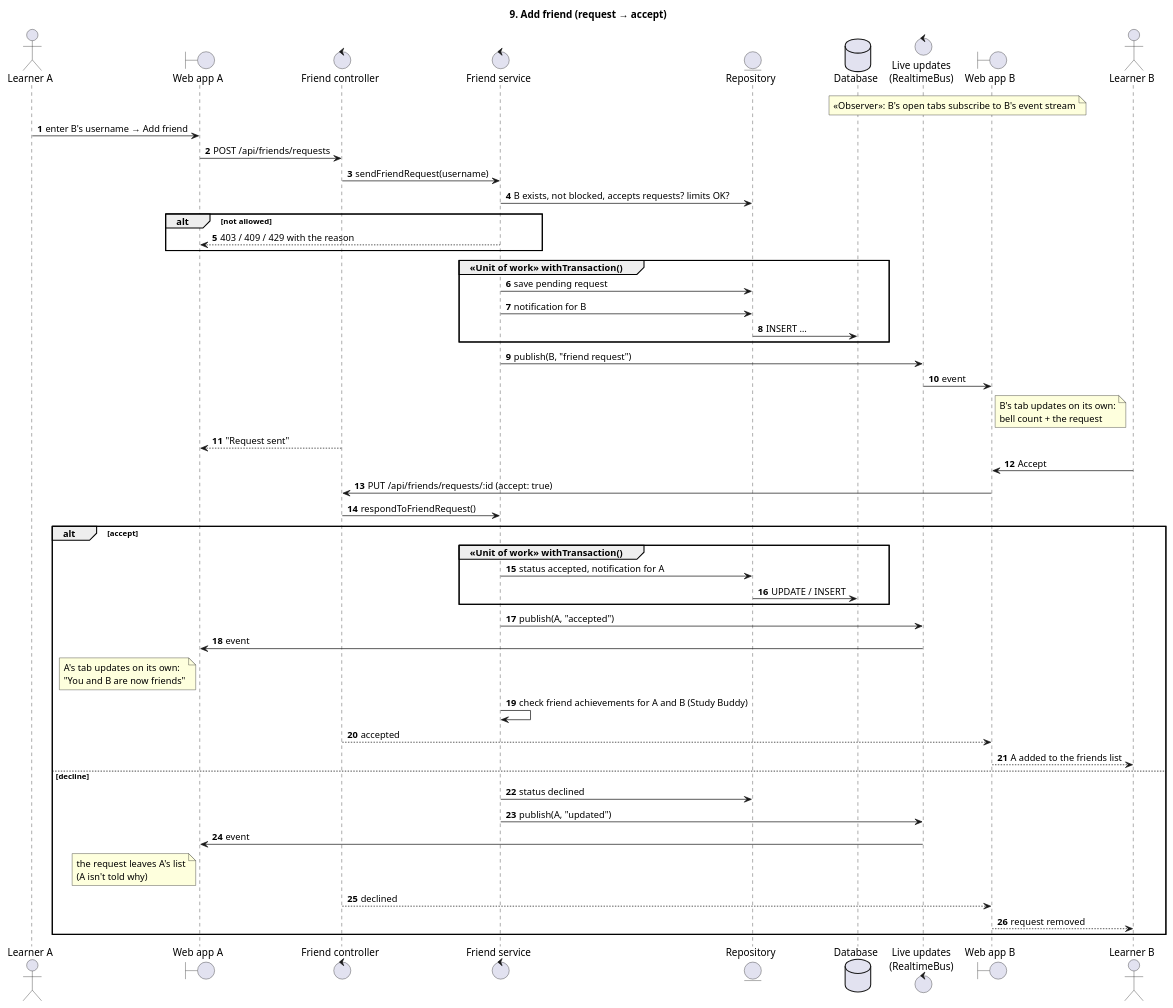
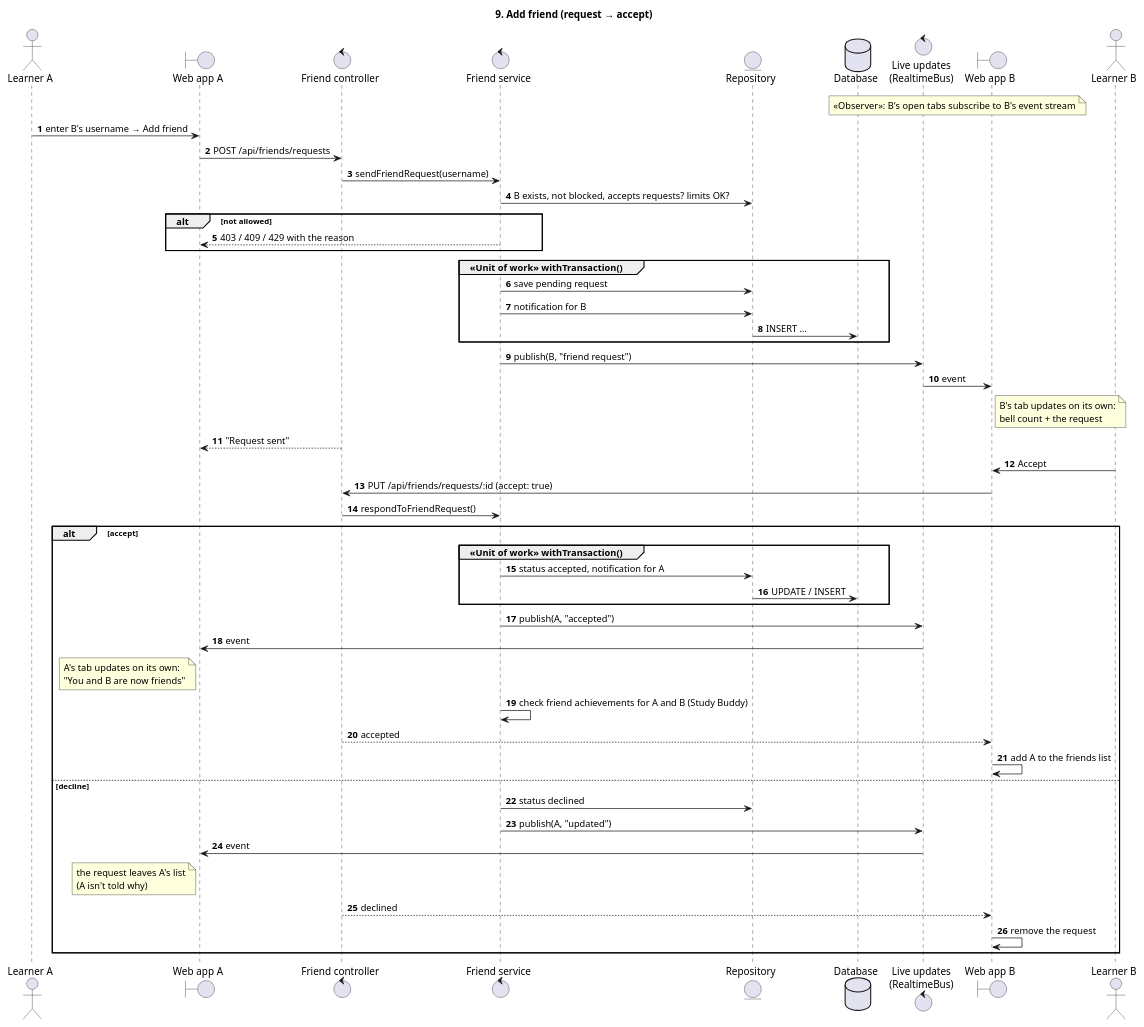
One commit to BLF2710/Nihongo-Training changed the diagram in Diagram/sequence/09-add-friend.puml. Above: the diagram before and after it, drawn with PlantUML. The commit also changed 94 other files, not shown here.

```diff
--- a/Diagram/sequence/09-add-friend.puml
+++ b/Diagram/sequence/09-add-friend.puml
@@ -14,58 +14,58 @@
 @startuml 09 Add friend
 title 9. Add friend (request → accept)
 autonumber
 skinparam sequenceMessageAlign left
 skinparam responseMessageBelowArrow true
 
 actor "Learner A" as A
 boundary "Web app A" as WebA
 control "Friend controller" as Ctrl
 control "Friend service" as Svc
 entity "Repository" as Repo
 database "Database" as DB
 control "Live updates\n(RealtimeBus)" as Bus
 boundary "Web app B" as WebB
 actor "Learner B" as B
 
 note over Bus, WebB : «Observer»: B's open tabs subscribe to B's event stream
 
 A -> WebA : enter B's username → Add friend
 WebA -> Ctrl : POST /api/friends/requests
 Ctrl -> Svc : sendFriendRequest(username)
 Svc -> Repo : B exists, not blocked, accepts requests? limits OK?
 alt not allowed
   Svc --> WebA : 403 / 409 / 429 with the reason
 end
 group «Unit of work» withTransaction()
   Svc -> Repo : save pending request
   Svc -> Repo : notification for B
   Repo -> DB : INSERT …
 end
 Svc -> Bus : publish(B, "friend request")
 Bus -> WebB : event
 note right of WebB : B's tab updates on its own:\nbell count + the request
 Ctrl --> WebA : "Request sent"
 
 B -> WebB : Accept
 WebB -> Ctrl : PUT /api/friends/requests/:id (accept: true)
 Ctrl -> Svc : respondToFriendRequest()
 alt accept
   group «Unit of work» withTransaction()
     Svc -> Repo : status accepted, notification for A
     Repo -> DB : UPDATE / INSERT
   end
   Svc -> Bus : publish(A, "accepted")
   Bus -> WebA : event
   note left of WebA : A's tab updates on its own:\n"You and B are now friends"
   Svc -> Svc : check friend achievements for A and B (Study Buddy)
   Ctrl --> WebB : accepted
-  WebB --> B : A added to the friends list
+  WebB -> WebB : add A to the friends list
 else decline
   Svc -> Repo : status declined
   Svc -> Bus : publish(A, "updated")
   Bus -> WebA : event
   note left of WebA : the request leaves A's list\n(A isn't told why)
   Ctrl --> WebB : declined
-  WebB --> B : request removed
+  WebB -> WebB : remove the request
 end
 @enduml
```
